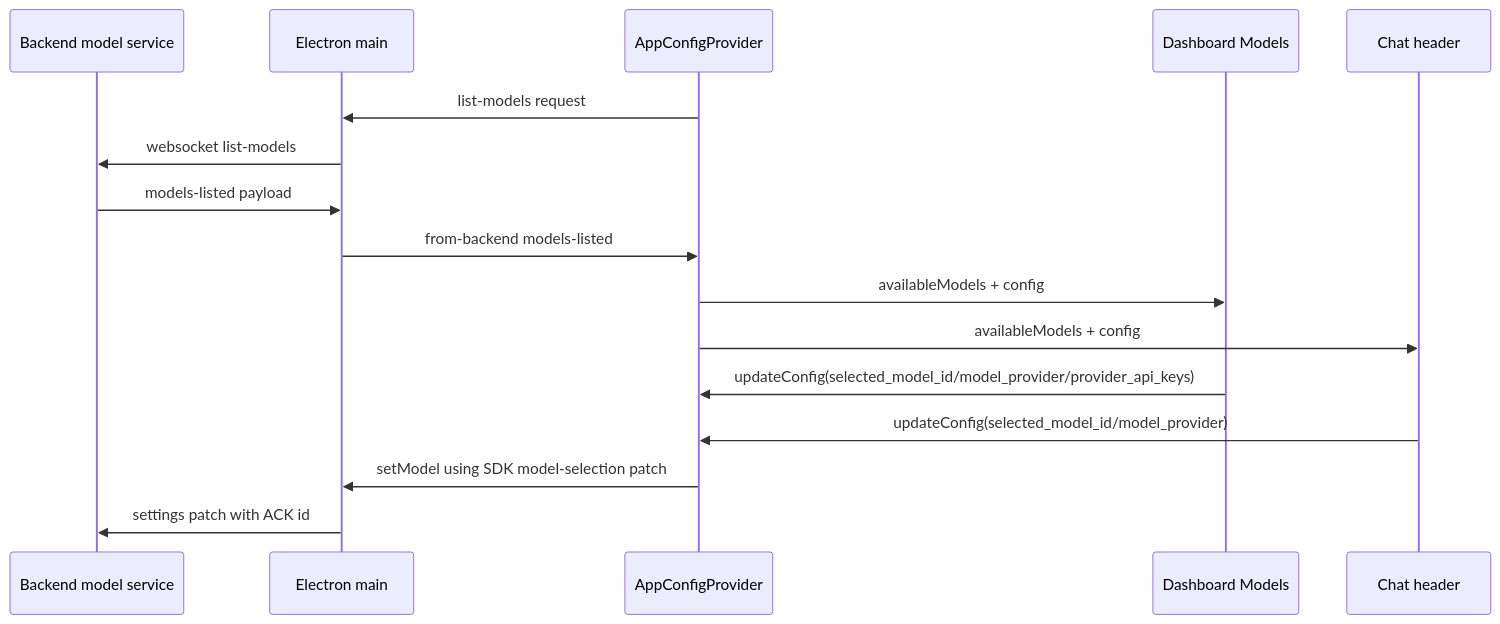
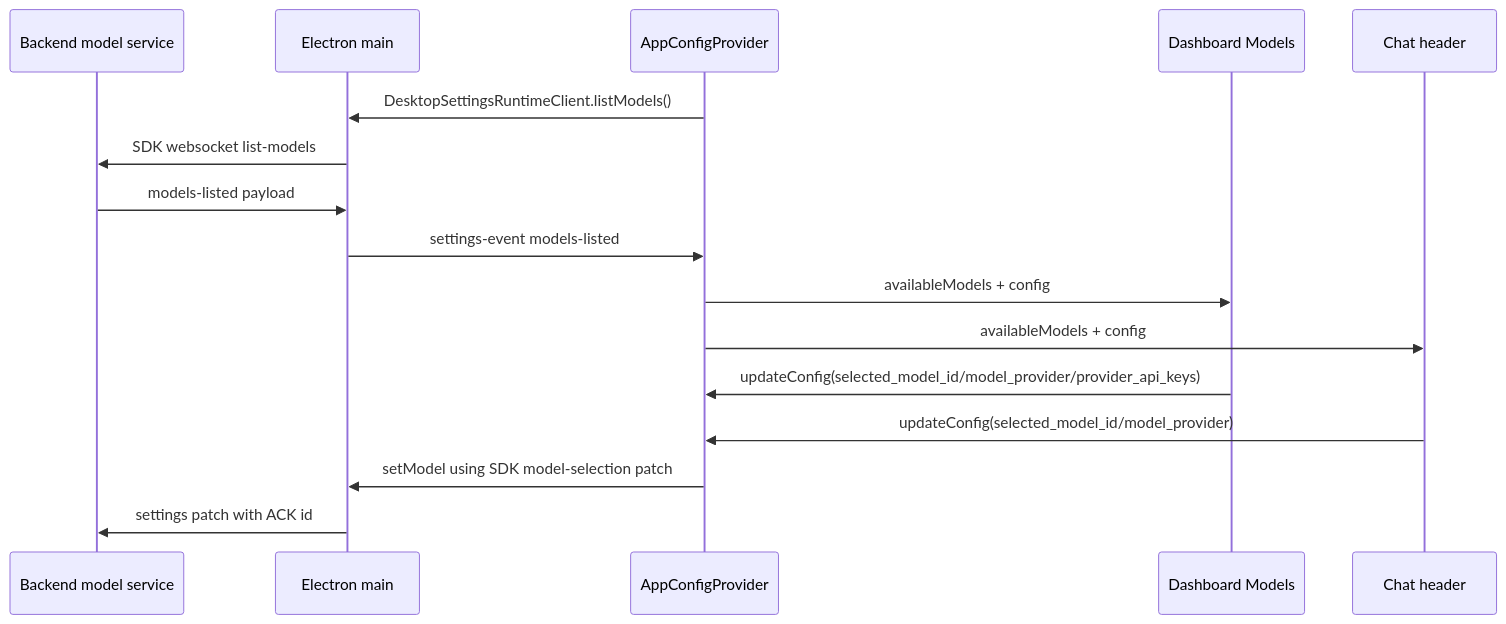
One commit to buiilding/My_Own_OpenClaw changed the diagram in docs/frontend/renderer/settings/model_settings_change_workflow.md. Above: the diagram before and after it, drawn with Mermaid. The commit also changed 2 other files, not shown here.

Commit message:
docs(renderer): clarify model settings event route
Issue: the renderer model-settings workflow still described model-list delivery as raw backend IPC even after settings ingress moved behind the settings runtime event route.

Fix: update the workflow diagram and plan ledger to show DesktopSettingsRuntimeClient listModels, SDK websocket delivery, and settings-event models-listed projection.

Previous behavior: docs implied renderer settings subscribed directly to backend fan-out for models-listed payloads.

Behavior after fix: docs route model-list delivery through the settings runtime boundary while preserving the existing compatibility channel and payload shape.

````diff
--- a/docs/frontend/renderer/settings/model_settings_change_workflow.md
+++ b/docs/frontend/renderer/settings/model_settings_change_workflow.md
@@ -52,19 +52,19 @@
 ```mermaid
 sequenceDiagram
     participant Backend as Backend model service
     participant Main as Electron main
     participant Provider as AppConfigProvider
     participant Dashboard as Dashboard Models
     participant Chat as Chat header
 
-    Provider->>Main: list-models request
-    Main->>Backend: websocket list-models
+    Provider->>Main: DesktopSettingsRuntimeClient.listModels()
+    Main->>Backend: SDK websocket list-models
     Backend->>Main: models-listed payload
-    Main->>Provider: from-backend models-listed
+    Main->>Provider: settings-event models-listed
     Provider->>Dashboard: availableModels + config
     Provider->>Chat: availableModels + config
     Dashboard->>Provider: updateConfig(selected_model_id/model_provider/provider_api_keys)
     Chat->>Provider: updateConfig(selected_model_id/model_provider)
     Provider->>Main: setModel using SDK model-selection patch
     Main->>Backend: settings patch with ACK id
 ```
````
